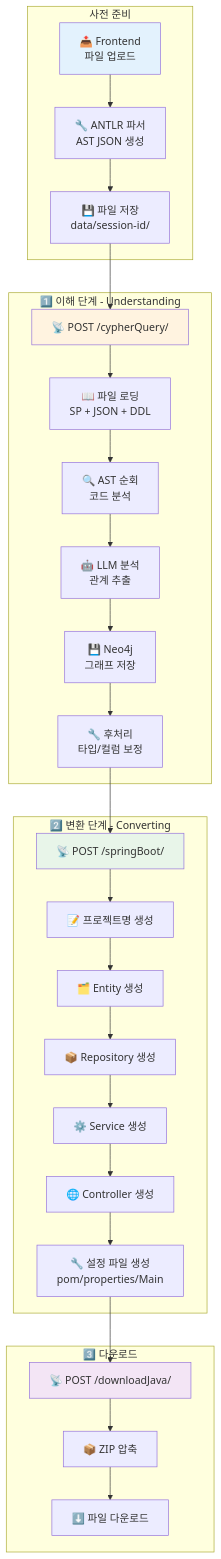
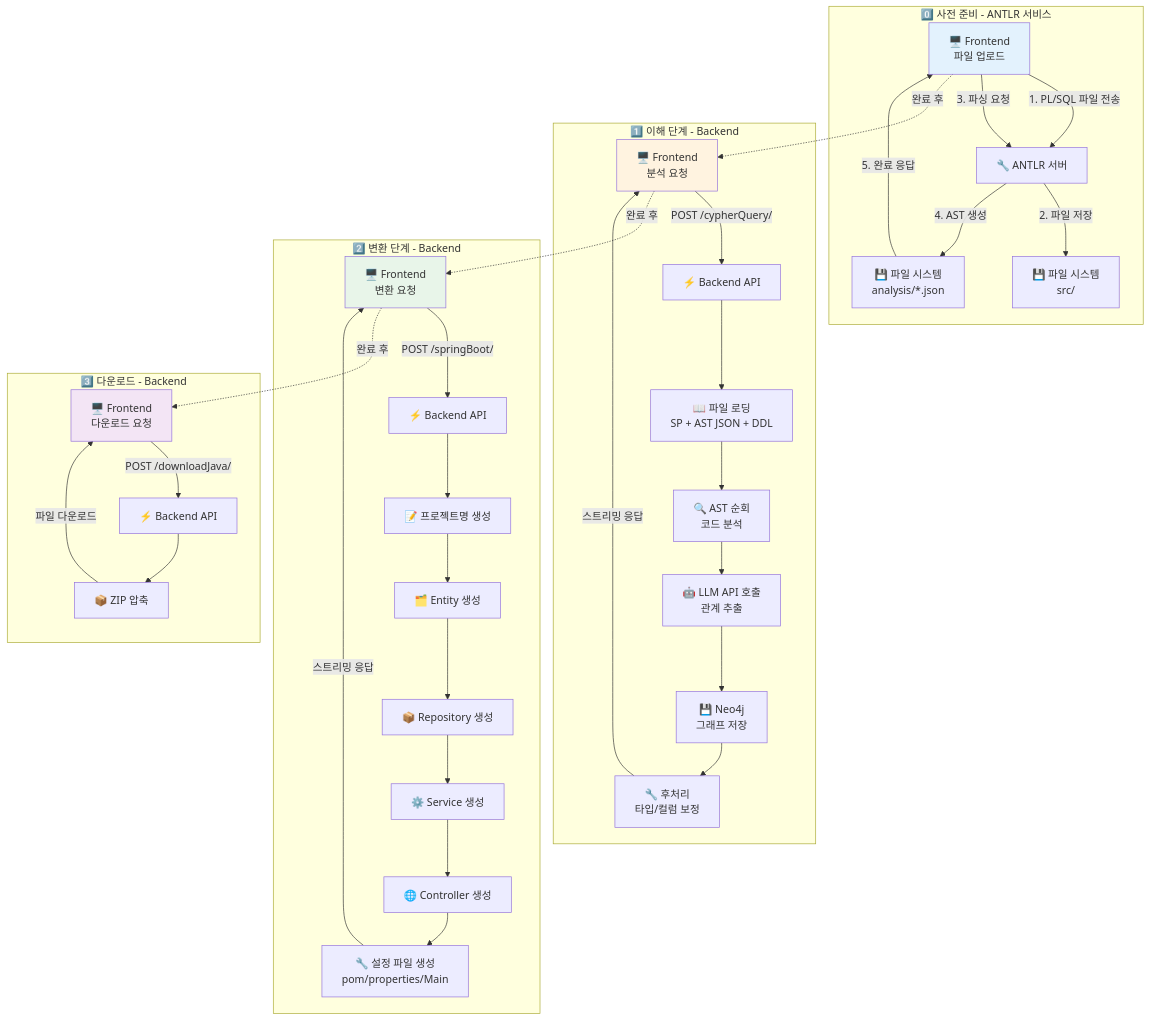
Before and after one commit to ahnchiyoon87/legacy-modernizer-backend: the first of 2 diagrams in README.md, drawn with Mermaid. The commit also changed other lines of this file, not shown here.

Commit message:
docs: improve README with better structure and detailed Neo4j graph model

````diff
--- a/README.md
+++ b/README.md
@@ -123,38 +161,46 @@
 ```mermaid
 flowchart TB
-    subgraph "사전 준비"
-        A[📤 Frontend<br/>파일 업로드] --> B[🔧 ANTLR 파서<br/>AST JSON 생성]
-        B --> C[💾 파일 저장<br/>data/session-id/]
+    subgraph "0️⃣ 사전 준비 - ANTLR 서비스"
+        A1[🖥️ Frontend<br/>파일 업로드] -->|1. PL/SQL 파일 전송| A2[🔧 ANTLR 서버]
+        A2 -->|2. 파일 저장| A3[💾 파일 시스템<br/>src/]
+        A1 -->|3. 파싱 요청| A2
+        A2 -->|4. AST 생성| A4[💾 파일 시스템<br/>analysis/*.json]
+        A4 -->|5. 완료 응답| A1
     end
     
-    subgraph "1️⃣ 이해 단계 - Understanding"
-        D[📡 POST /cypherQuery/] --> E[📖 파일 로딩<br/>SP + JSON + DDL]
-        E --> F[🔍 AST 순회<br/>코드 분석]
-        F --> G[🤖 LLM 분석<br/>관계 추출]
-        G --> H[💾 Neo4j<br/>그래프 저장]
-        H --> I[🔧 후처리<br/>타입/컬럼 보정]
+    subgraph "1️⃣ 이해 단계 - Backend"
+        B1[🖥️ Frontend<br/>분석 요청] -->|POST /cypherQuery/| B2[⚡ Backend API]
+        B2 --> B3[📖 파일 로딩<br/>SP + AST JSON + DDL]
+        B3 --> B4[🔍 AST 순회<br/>코드 분석]
+        B4 --> B5[🤖 LLM API 호출<br/>관계 추출]
+        B5 --> B6[💾 Neo4j<br/>그래프 저장]
+        B6 --> B7[🔧 후처리<br/>타입/컬럼 보정]
+        B7 -->|스트리밍 응답| B1
     end
     
-    subgraph "2️⃣ 변환 단계 - Converting"
-        J[📡 POST /springBoot/] --> K[📝 프로젝트명 생성]
-        K --> L[🗂️ Entity 생성]
-        L --> M[📦 Repository 생성]
-        M --> N[⚙️ Service 생성]
-        N --> O[🌐 Controller 생성]
-        O --> P[🔧 설정 파일 생성<br/>pom/properties/Main]
+    subgraph "2️⃣ 변환 단계 - Backend"
+        C1[🖥️ Frontend<br/>변환 요청] -->|POST /springBoot/| C2[⚡ Backend API]
+        C2 --> C3[📝 프로젝트명 생성]
+        C3 --> C4[🗂️ Entity 생성]
+        C4 --> C5[📦 Repository 생성]
+        C5 --> C6[⚙️ Service 생성]
+        C6 --> C7[🌐 Controller 생성]
+        C7 --> C8[🔧 설정 파일 생성<br/>pom/properties/Main]
+        C8 -->|스트리밍 응답| C1
     end
     
-    subgraph "3️⃣ 다운로드"
-        Q[📡 POST /downloadJava/] --> R[📦 ZIP 압축]
-        R --> S[⬇️ 파일 다운로드]
+    subgraph "3️⃣ 다운로드 - Backend"
+        D1[🖥️ Frontend<br/>다운로드 요청] -->|POST /downloadJava/| D2[⚡ Backend API]
+        D2 --> D3[📦 ZIP 압축]
+        D3 -->|파일 다운로드| D1
     end
     
-    C --> D
-    I --> J
-    P --> Q
+    A1 -.->|완료 후| B1
+    B1 -.->|완료 후| C1
+    C1 -.->|완료 후| D1
     
-    style A fill:#e3f2fd
-    style D fill:#fff3e0
-    style J fill:#e8f5e9
-    style Q fill:#f3e5f5
+    style A1 fill:#e3f2fd
+    style B1 fill:#fff3e0
+    style C1 fill:#e8f5e9
+    style D1 fill:#f3e5f5
 ```
````
